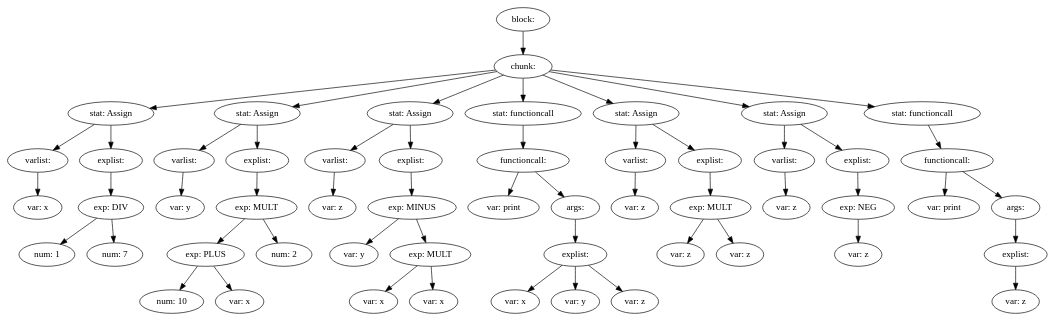
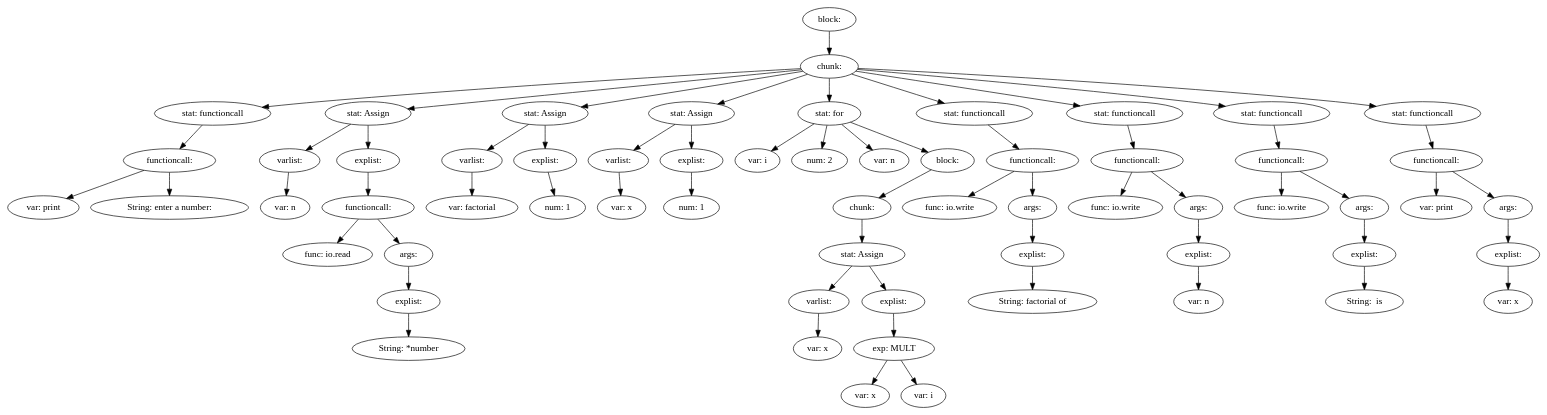
The diagram in ass1-int/source.md (Inkaru/compiler), drawn with Graphviz before and after one commit. The commit also changed 6 other files, not shown here.

````diff
--- a/ass1-int/source.md
+++ b/ass1-int/source.md
@@ -1,111 +1,127 @@
 ```graphviz
 digraph {
-53 [label="block: "];
-53 -> 7
-7 [label="chunk: "];
-7 -> 6
-7 -> 16
-7 -> 25
-7 -> 33
-7 -> 40
-7 -> 46
-7 -> 52
-6 [label="stat: Assign"];
-6 -> 1
+65 [label="block: "];
+65 -> 4
+4 [label="chunk: "];
+4 -> 3
+4 -> 14
+4 -> 19
+4 -> 24
+4 -> 36
+4 -> 44
+4 -> 51
+4 -> 58
+4 -> 64
+3 [label="stat: functioncall"];
+3 -> 2
+2 [label="functioncall: "];
+2 -> 0
+2 -> 1
+0 [label="var: print"];
+1 [label="String: enter a number:"];
+14 [label="stat: Assign"];
+14 -> 6
+14 -> 13
+6 [label="varlist: "];
 6 -> 5
-1 [label="varlist: "];
-1 -> 0
-0 [label="var: x"];
-5 [label="explist: "];
-5 -> 4
-4 [label="exp: DIV"];
-4 -> 2
-4 -> 3
-2 [label="num: 1"];
-3 [label="num: 7"];
-16 [label="stat: Assign"];
-16 -> 9
+5 [label="var: n"];
+13 [label="explist: "];
+13 -> 12
+12 [label="functioncall: "];
+12 -> 8
+12 -> 11
+8 [label="func: io.read"];
+11 [label="args: "];
+11 -> 10
+10 [label="explist: "];
+10 -> 9
+9 [label="String: *number"];
+19 [label="stat: Assign"];
+19 -> 16
+19 -> 18
+16 [label="varlist: "];
 16 -> 15
-9 [label="varlist: "];
-9 -> 8
-8 [label="var: y"];
-15 [label="explist: "];
-15 -> 14
-14 [label="exp: MULT"];
-14 -> 12
-14 -> 13
-12 [label="exp: PLUS"];
-12 -> 10
-12 -> 11
-10 [label="num: 10"];
-11 [label="var: x"];
-13 [label="num: 2"];
-25 [label="stat: Assign"];
-25 -> 18
-25 -> 24
-18 [label="varlist: "];
+15 [label="var: factorial"];
+18 [label="explist: "];
 18 -> 17
-17 [label="var: z"];
-24 [label="explist: "];
+17 [label="num: 1"];
+24 [label="stat: Assign"];
+24 -> 21
 24 -> 23
-23 [label="exp: MINUS"];
-23 -> 19
+21 [label="varlist: "];
+21 -> 20
+20 [label="var: x"];
+23 [label="explist: "];
 23 -> 22
-19 [label="var: y"];
-22 [label="exp: MULT"];
-22 -> 20
-22 -> 21
-20 [label="var: x"];
-21 [label="var: x"];
-33 [label="stat: functioncall"];
+22 [label="num: 1"];
+36 [label="stat: for"];
+36 -> 37
+36 -> 25
+36 -> 26
+36 -> 35
+37 [label="var: i"];
+25 [label="num: 2"];
+26 [label="var: n"];
+35 [label="block: "];
+35 -> 34
+34 [label="chunk: "];
+34 -> 33
+33 [label="stat: Assign"];
+33 -> 28
 33 -> 32
-32 [label="functioncall: "];
-32 -> 26
+28 [label="varlist: "];
+28 -> 27
+27 [label="var: x"];
+32 [label="explist: "];
 32 -> 31
-26 [label="var: print"];
-31 [label="args: "];
-31 -> 28
-28 [label="explist: "];
-28 -> 27
-28 -> 29
-28 -> 30
-27 [label="var: x"];
-29 [label="var: y"];
-30 [label="var: z"];
-40 [label="stat: Assign"];
-40 -> 35
-40 -> 39
-35 [label="varlist: "];
-35 -> 34
-34 [label="var: z"];
-39 [label="explist: "];
-39 -> 38
-38 [label="exp: MULT"];
-38 -> 36
-38 -> 37
-36 [label="var: z"];
-37 [label="var: z"];
-46 [label="stat: Assign"];
-46 -> 42
-46 -> 45
-42 [label="varlist: "];
+31 [label="exp: MULT"];
+31 -> 29
+31 -> 30
+29 [label="var: x"];
+30 [label="var: i"];
+44 [label="stat: functioncall"];
+44 -> 43
+43 [label="functioncall: "];
+43 -> 39
+43 -> 42
+39 [label="func: io.write"];
+42 [label="args: "];
 42 -> 41
-41 [label="var: z"];
-45 [label="explist: "];
-45 -> 44
-44 [label="exp: NEG"];
-44 -> 43
-43 [label="var: z"];
-52 [label="stat: functioncall"];
-52 -> 51
-51 [label="functioncall: "];
-51 -> 47
+41 [label="explist: "];
+41 -> 40
+40 [label="String: factorial of "];
+51 [label="stat: functioncall"];
 51 -> 50
-47 [label="var: print"];
-50 [label="args: "];
+50 [label="functioncall: "];
+50 -> 46
 50 -> 49
-49 [label="explist: "];
+46 [label="func: io.write"];
+49 [label="args: "];
 49 -> 48
-48 [label="var: z"];
+48 [label="explist: "];
+48 -> 47
+47 [label="var: n"];
+58 [label="stat: functioncall"];
+58 -> 57
+57 [label="functioncall: "];
+57 -> 53
+57 -> 56
+53 [label="func: io.write"];
+56 [label="args: "];
+56 -> 55
+55 [label="explist: "];
+55 -> 54
+54 [label="String:  is "];
+64 [label="stat: functioncall"];
+64 -> 63
+63 [label="functioncall: "];
+63 -> 59
+63 -> 62
+59 [label="var: print"];
+62 [label="args: "];
+62 -> 61
+61 [label="explist: "];
+61 -> 60
+60 [label="var: x"];
 }
 ```
````
